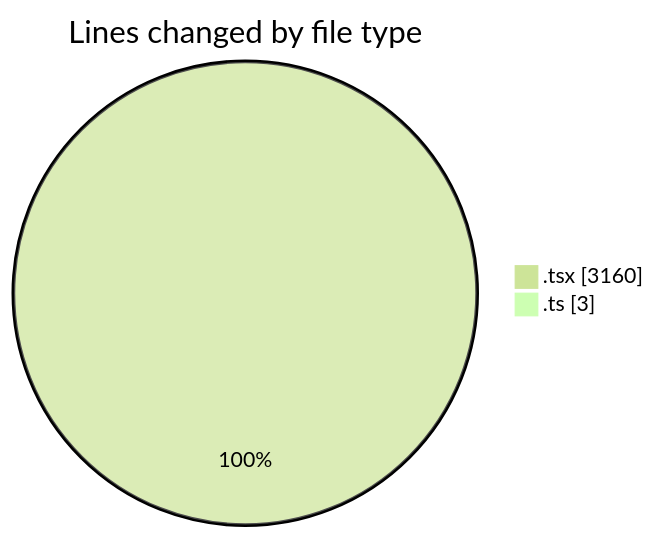
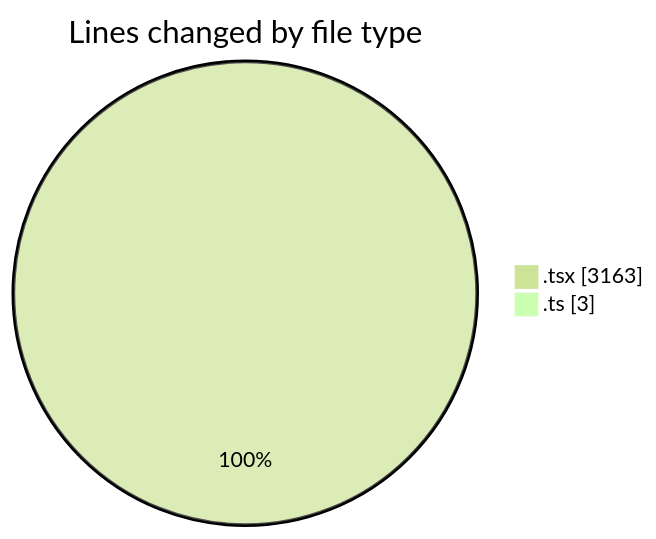
One commit to momahboobian/code-tracking changed the first of 2 diagrams in 2025-11-17/cda/README.md. Above: the diagram before and after it, drawn with Mermaid (forest theme). The commit also changed other lines of this file and 1 other file, not shown here.

````diff
--- a/2025-11-17/cda/README.md
+++ b/2025-11-17/cda/README.md
@@ -24,6 +24,6 @@
 ```mermaid
 pie showData
 title Lines changed by file type
-".tsx" : 3160
+".tsx" : 3163
 ".ts" : 3
 ```
````
